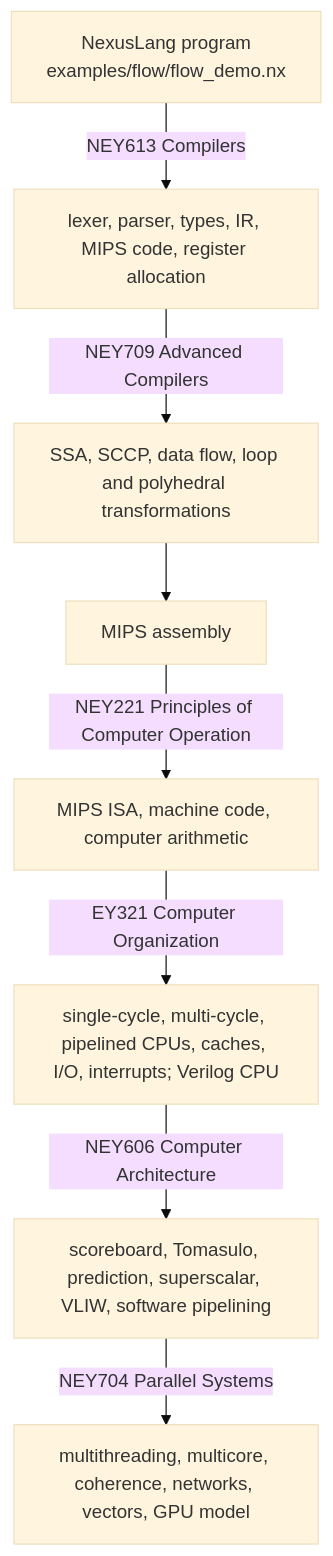
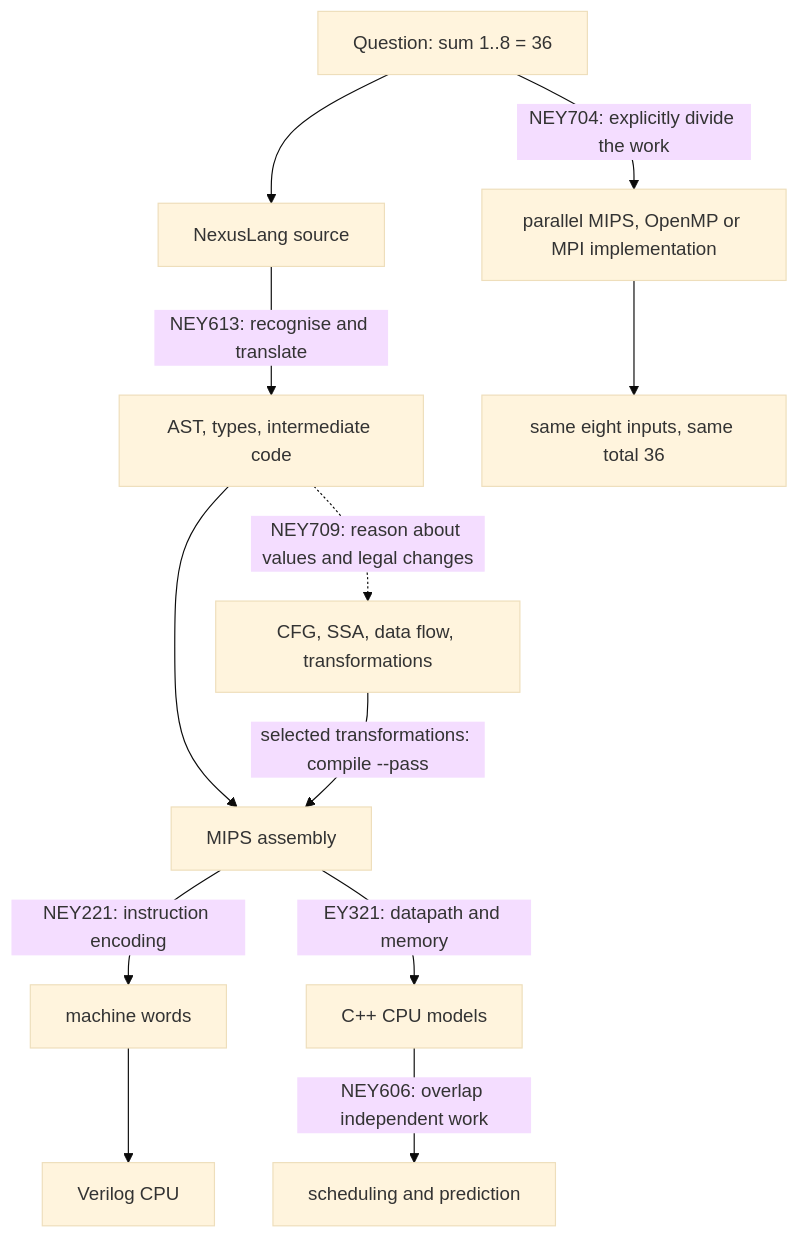
Before and after one commit to gdtsitlauri/nexus-platform: the diagram in docs/FLOW.md, drawn with Mermaid (base theme). The commit also changed other lines of this file and 54 other files, not shown here.

````diff
--- a/docs/FLOW.md
+++ b/docs/FLOW.md
@@ -13,10 +19,14 @@
 ```mermaid
-flowchart TB
-  A["NexusLang program<br/>examples/flow/flow_demo.nx"] -->|"NEY613 Compilers"| B["lexer, parser, types, IR, MIPS code, register allocation"]
-  B -->|"NEY709 Advanced Compilers"| C["SSA, SCCP, data flow, loop and polyhedral transformations"]
-  C --> D["MIPS assembly"]
-  D -->|"NEY221 Principles of Computer Operation"| E["MIPS ISA, machine code, computer arithmetic"]
-  E -->|"EY321 Computer Organization"| F["single-cycle, multi-cycle, pipelined CPUs, caches, I/O, interrupts; Verilog CPU"]
-  F -->|"NEY606 Computer Architecture"| G["scoreboard, Tomasulo, prediction, superscalar, VLIW, software pipelining"]
-  G -->|"NEY704 Parallel Systems"| H["multithreading, multicore, coherence, networks, vectors, GPU model"]
+flowchart TD
+  Q["Question: sum 1..8 = 36"] --> S["NexusLang source"]
+  S -->|"NEY613: recognise and translate"| IR["AST, types, intermediate code"]
+  IR -.->|"NEY709: reason about values and legal changes"| AN["CFG, SSA, data flow, transformations"]
+  IR --> ASM["MIPS assembly"]
+  AN -->|"selected transformations: compile --pass"| ASM
+  ASM -->|"NEY221: instruction encoding"| WORDS["machine words"]
+  ASM -->|"EY321: datapath and memory"| CPU["C++ CPU models"]
+  CPU -->|"NEY606: overlap independent work"| FAST["scheduling and prediction"]
+  WORDS --> RTL["Verilog CPU"]
+  Q -->|"NEY704: explicitly divide the work"| SPLIT["parallel MIPS, OpenMP or MPI implementation"]
+  SPLIT --> SAME["same eight inputs, same total 36"]
 ```
````
